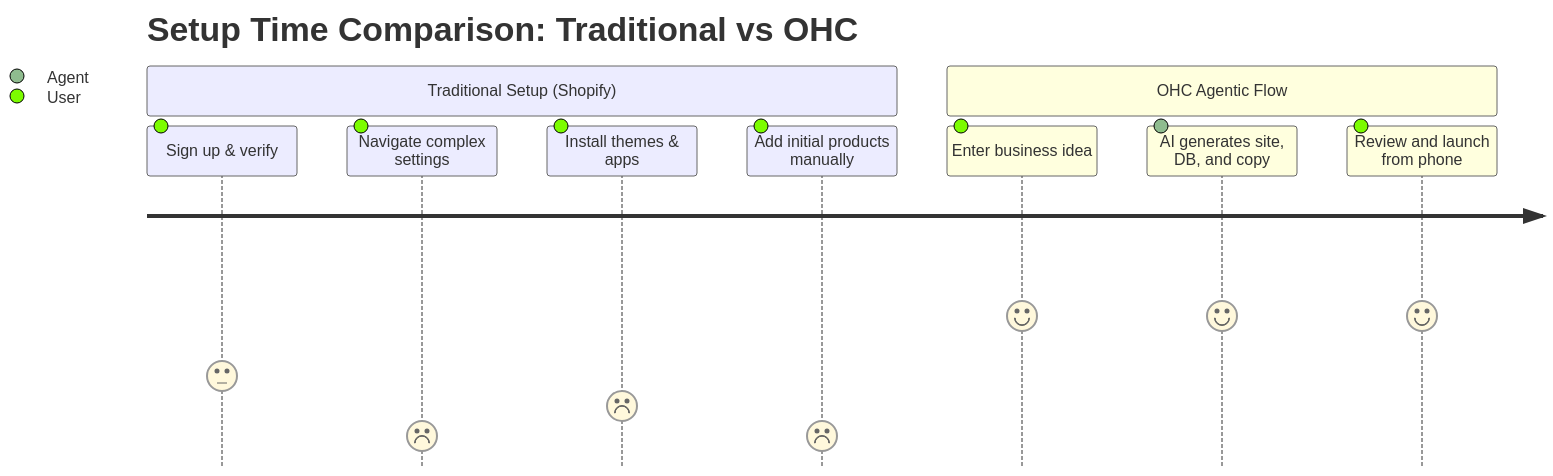
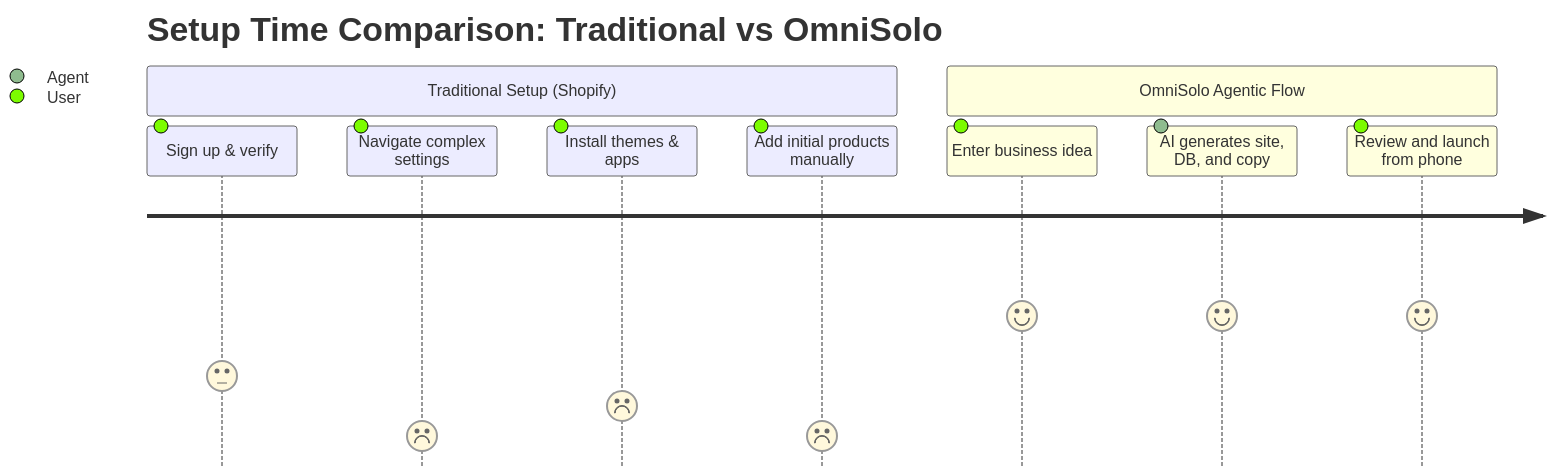
Before and after one commit to omnisolo-llc/onehumancorp: the second of 2 diagrams in docs/business/market_research/agentic_autonomous_website_builders_smb_platform_gap_analysis.md, drawn with Mermaid. The commit also changed other lines of this file and 2191 other files, not shown here.

Commit message:
feat: complete OmniSolo rename and browser audit

````diff
--- a/docs/business/market_research/agentic_autonomous_website_builders_smb_platform_gap_analysis.md
+++ b/docs/business/market_research/agentic_autonomous_website_builders_smb_platform_gap_analysis.md
@@ -84,13 +84,13 @@
 ```mermaid
 journey
-    title Setup Time Comparison: Traditional vs OHC
+    title Setup Time Comparison: Traditional vs OmniSolo
     section Traditional Setup (Shopify)
       Sign up & verify: 3: User
       Navigate complex settings: 1: User
       Install themes & apps: 2: User
       Add initial products manually: 1: User
-    section OHC Agentic Flow
+    section OmniSolo Agentic Flow
       Enter business idea: 5: User
       AI generates site, DB, and copy: 5: Agent
       Review and launch from phone: 5: User
 ```
````
